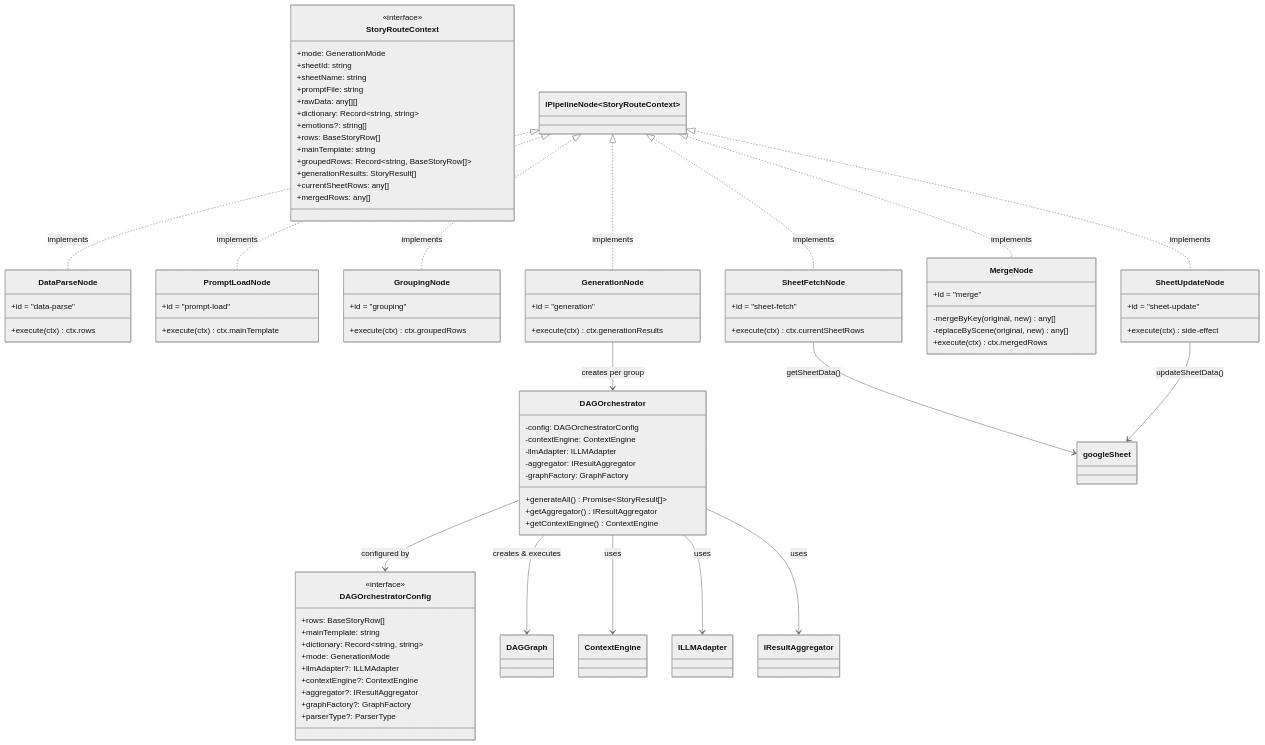
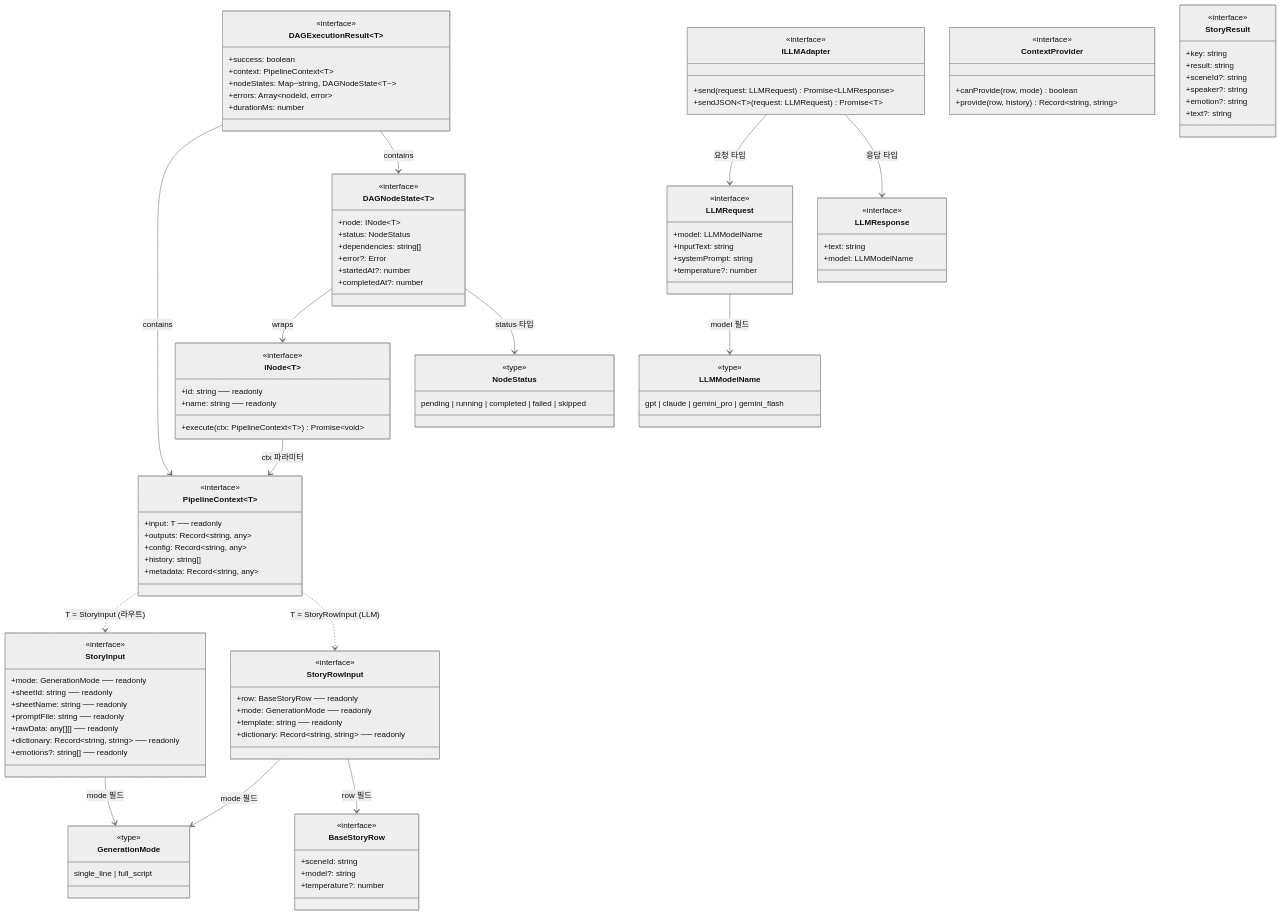
The fourth of 4 diagrams in DAG_ARCHITECTURE_DIAGRAMS.md (wslee-vivident/data-generator), drawn with Mermaid (neutral theme) before and after one commit. The commit also changed other lines of this file and 11 other files, not shown here.

First line of the commit message:
refactor: Generic Core/Feature 분리 아키텍처로 DAG 엔진 재구성

````diff
--- a/DAG_ARCHITECTURE_DIAGRAMS.md
+++ b/DAG_ARCHITECTURE_DIAGRAMS.md
@@ -270,99 +281,138 @@
 classDiagram
     direction TB
 
-    class StoryRouteContext {
+    %% ─── Core 인터페이스 (types.ts) ───
+    class PipelineContext~T~ {
         <<interface>>
-        +mode: GenerationMode
-        +sheetId: string
-        +sheetName: string
-        +promptFile: string
-        +rawData: any[][]
-        +dictionary: Record~string, string~
-        +emotions?: string[]
-        +rows: BaseStoryRow[]
-        +mainTemplate: string
-        +groupedRows: Record~string, BaseStoryRow[]~
-        +generationResults: StoryResult[]
-        +currentSheetRows: any[]
-        +mergedRows: any[]
+        +input: T  ── readonly
+        +outputs: Record~string, any~
+        +config: Record~string, any~
+        +history: string[]
+        +metadata: Record~string, any~
     }
 
-    class DataParseNode {
-        +id = "data-parse"
-        +execute(ctx) ctx.rows
+    class INode~T~ {
+        <<interface>>
+        +id: string  ── readonly
+        +name: string  ── readonly
+        +execute(ctx: PipelineContext~T~) Promise~void~
     }
 
-    class PromptLoadNode {
-        +id = "prompt-load"
-        +execute(ctx) ctx.mainTemplate
+    class DAGNodeState~T~ {
+        <<interface>>
+        +node: INode~T~
+        +status: NodeStatus
+        +dependencies: string[]
+        +error?: Error
+        +startedAt?: number
+        +completedAt?: number
     }
 
-    class GroupingNode {
-        +id = "grouping"
-        +execute(ctx) ctx.groupedRows
+    class DAGExecutionResult~T~ {
+        <<interface>>
+        +success: boolean
+        +context: PipelineContext~T~
+        +nodeStates: Map~string, DAGNodeState~T~~
+        +errors: Array~nodeId, error~
+        +durationMs: number
     }
 
-    class GenerationNode {
-        +id = "generation"
-        +execute(ctx) ctx.generationResults
+    class NodeStatus {
+        <<type>>
+        pending | running | completed | failed | skipped
     }
 
-    class SheetFetchNode {
-        +id = "sheet-fetch"
-        +execute(ctx) ctx.currentSheetRows
+    %% ─── LLM 인터페이스 (llmAdapter.ts / llmRouter.ts) ───
+    class ILLMAdapter {
+        <<interface>>
+        +send(request: LLMRequest) Promise~LLMResponse~
+        +sendJSON~T~(request: LLMRequest) Promise~T~
     }
 
-    class MergeNode {
-        +id = "merge"
-        -mergeByKey(original, new) any[]
-        -replaceByScene(original, new) any[]
-        +execute(ctx) ctx.mergedRows
+    class LLMRequest {
+        <<interface>>
+        +model: LLMModelName
+        +inputText: string
+        +systemPrompt: string
+        +temperature?: number
     }
 
-    class SheetUpdateNode {
-        +id = "sheet-update"
-        +execute(ctx) side-effect
+    class LLMResponse {
+        <<interface>>
+        +text: string
+        +model: LLMModelName
     }
 
-    class DAGOrchestrator {
-        -config: DAGOrchestratorConfig
-        -contextEngine: ContextEngine
-        -llmAdapter: ILLMAdapter
-        -aggregator: IResultAggregator
-        -graphFactory: GraphFactory
-        +generateAll() Promise~StoryResult[]~
-        +getAggregator() IResultAggregator
-        +getContextEngine() ContextEngine
+    %% ─── Feature 인터페이스 (storyTools.ts) ───
+    class StoryInput {
+        <<interface>>
+        +mode: GenerationMode  ── readonly
+        +sheetId: string  ── readonly
+        +sheetName: string  ── readonly
+        +promptFile: string  ── readonly
+        +rawData: any[][]  ── readonly
+        +dictionary: Record~string, string~  ── readonly
+        +emotions?: string[]  ── readonly
     }
 
-    class DAGOrchestratorConfig {
+    class StoryRowInput {
         <<interface>>
-        +rows: BaseStoryRow[]
-        +mainTemplate: string
-        +dictionary: Record~string, string~
-        +mode: GenerationMode
-        +llmAdapter?: ILLMAdapter
-        +contextEngine?: ContextEngine
-        +aggregator?: IResultAggregator
-        +graphFactory?: GraphFactory
-        +parserType?: ParserType
+        +row: BaseStoryRow  ── readonly
+        +mode: GenerationMode  ── readonly
+        +template: string  ── readonly
+        +dictionary: Record~string, string~  ── readonly
     }
 
-    IPipelineNode~StoryRouteContext~ <|.. DataParseNode : implements
-    IPipelineNode~StoryRouteContext~ <|.. PromptLoadNode : implements
-    IPipelineNode~StoryRouteContext~ <|.. GroupingNode : implements
-    IPipelineNode~StoryRouteContext~ <|.. GenerationNode : implements
-    IPipelineNode~StoryRouteContext~ <|.. SheetFetchNode : implements
-    IPipelineNode~StoryRouteContext~ <|.. MergeNode : implements
-    IPipelineNode~StoryRouteContext~ <|.. SheetUpdateNode : implements
+    %% ─── Context Provider 인터페이스 (contextProviders.ts) ───
+    class ContextProvider {
+        <<interface>>
+        +canProvide(row, mode) boolean
+        +provide(row, history) Record~string, string~
+    }
 
-    GenerationNode --> DAGOrchestrator : creates per group
-    DAGOrchestrator --> DAGOrchestratorConfig : configured by
-    DAGOrchestrator --> DAGGraph : creates & executes
-    DAGOrchestrator --> ContextEngine : uses
-    DAGOrchestrator --> ILLMAdapter : uses
-    DAGOrchestrator --> IResultAggregator : uses
+    %% ─── 도메인 타입 (types.ts) ───
+    class GenerationMode {
+        <<type>>
+        single_line | full_script
+    }
 
-    SheetFetchNode --> googleSheet : getSheetData()
-    SheetUpdateNode --> googleSheet : updateSheetData()
+    class LLMModelName {
+        <<type>>
+        gpt | claude | gemini_pro | gemini_flash
+    }
+
+    class BaseStoryRow {
+        <<interface>>
+        +sceneId: string
+        +model?: string
+        +temperature?: number
+    }
+
+    class StoryResult {
+        <<interface>>
+        +key: string
+        +result: string
+        +sceneId?: string
+        +speaker?: string
+        +emotion?: string
+        +text?: string
+    }
+
+    %% ─── 참조 관계 ───
+    INode --> PipelineContext : ctx 파라미터
+    DAGNodeState --> INode : wraps
+    DAGNodeState --> NodeStatus : status 타입
+    DAGExecutionResult --> PipelineContext : contains
+    DAGExecutionResult --> DAGNodeState : contains
+
+    ILLMAdapter --> LLMRequest : 요청 타입
+    ILLMAdapter --> LLMResponse : 응답 타입
+    LLMRequest --> LLMModelName : model 필드
+
+    StoryInput --> GenerationMode : mode 필드
+    StoryRowInput --> GenerationMode : mode 필드
+    StoryRowInput --> BaseStoryRow : row 필드
+
+    PipelineContext ..> StoryInput : T = StoryInput (라우트)
+    PipelineContext ..> StoryRowInput : T = StoryRowInput (LLM)
 ```
````
